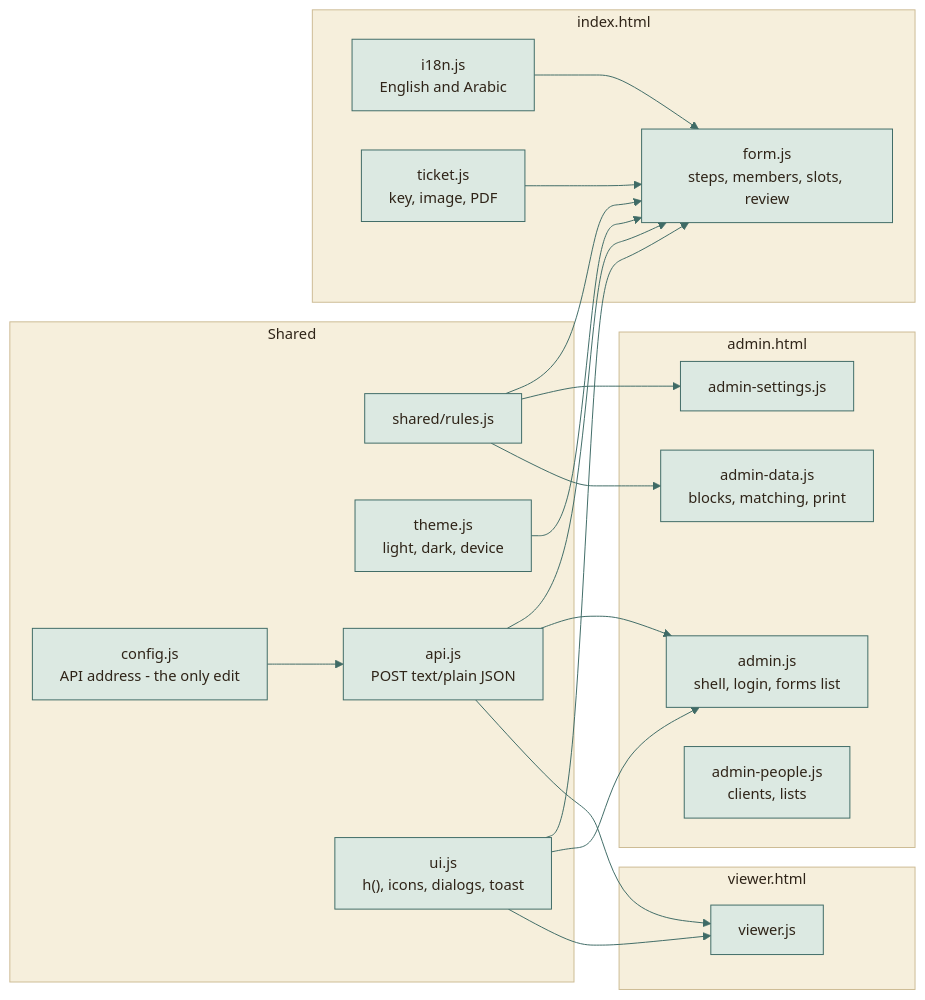
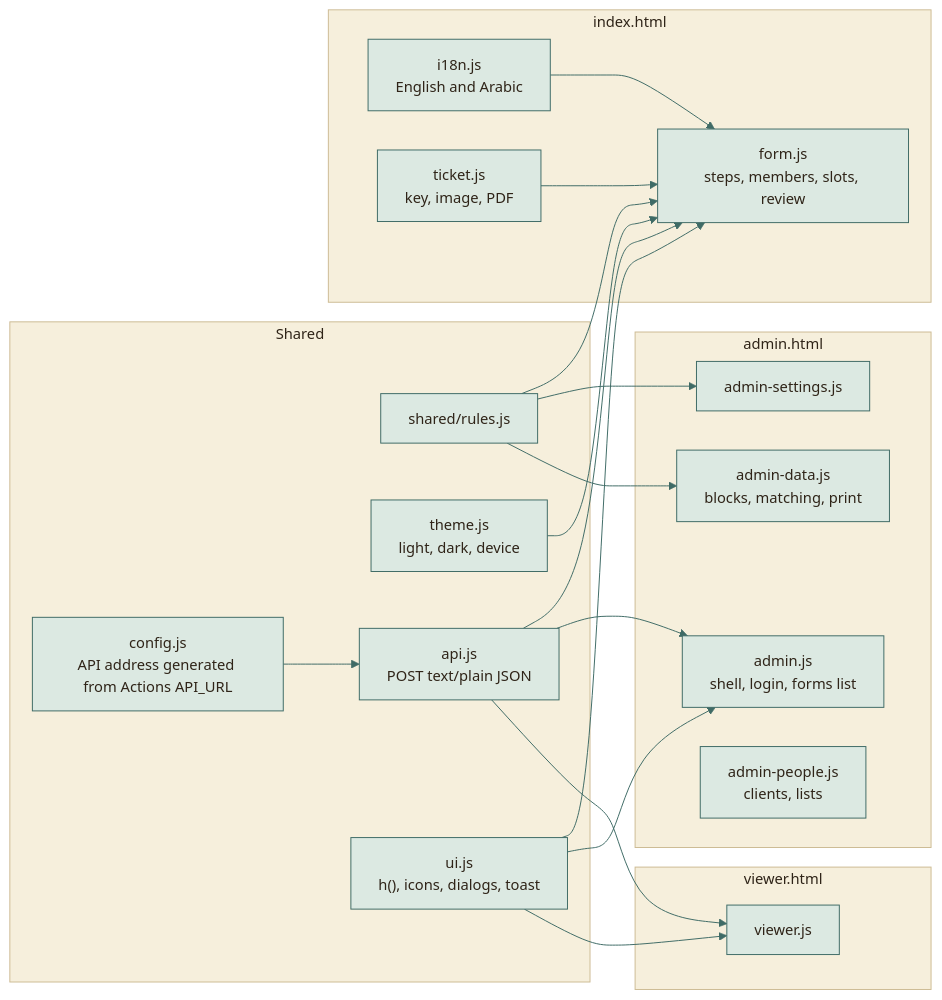
One commit to moyeh04/forms-platform changed the tenth of 12 diagrams in docs/architecture/ARCHITECTURE.md. Above: the diagram before and after it, drawn with Mermaid. The commit also changed 14 other files, not shown here.

````diff
--- a/docs/architecture/ARCHITECTURE.md
+++ b/docs/architecture/ARCHITECTURE.md
@@ -606,65 +606,65 @@
 ```mermaid
 %%{init: {
   'theme': 'base',
   'themeVariables': {
     'fontFamily': 'ui-sans-serif, system-ui, -apple-system, Segoe UI, Roboto, sans-serif',
     'fontSize': '15px',
     'primaryColor': '#DCE9E2', 'primaryBorderColor': '#3F6B66', 'primaryTextColor': '#2F2418',
     'secondaryColor': '#F0E4C8', 'secondaryBorderColor': '#C9A24A', 'secondaryTextColor': '#2F2418',
     'tertiaryColor': '#F6EFDC', 'tertiaryBorderColor': '#CDBB94', 'tertiaryTextColor': '#2F2418',
     'lineColor': '#3F6B66', 'textColor': '#2F2418', 'mainBkg': '#DCE9E2', 'nodeBorder': '#3F6B66',
     'clusterBkg': '#F6EFDC', 'clusterBorder': '#CDBB94', 'titleColor': '#2F2418',
     'edgeLabelBackground': '#F8F1DD',
     'actorBkg': '#DCE9E2', 'actorBorder': '#3F6B66', 'actorTextColor': '#2F2418', 'actorLineColor': '#8FB3AB',
     'signalColor': '#477A73', 'signalTextColor': '#477A73',
     'labelBoxBkgColor': '#F0E4C8', 'labelBoxBorderColor': '#C9A24A', 'labelTextColor': '#2F2418', 'loopTextColor': '#6A5A44',
     'noteBkgColor': '#FBEFC9', 'noteBorderColor': '#C9A24A', 'noteTextColor': '#2F2418',
     'activationBkgColor': '#DCE9E2', 'activationBorderColor': '#3F6B66', 'sequenceNumberColor': '#F8F1DD',
     'transitionColor': '#3F6B66', 'stateLabelColor': '#2F2418', 'stateBkg': '#DCE9E2', 'altBackground': '#F6EFDC',
     'attributeBackgroundColorOdd': '#F8F1DD', 'attributeBackgroundColorEven': '#F0E4C8'
   },
   'flowchart': {'curve': 'basis', 'padding': 14, 'nodeSpacing': 40, 'rankSpacing': 46},
   'sequence': {'mirrorActors': false, 'messageMargin': 34, 'boxMargin': 8}
 }}%%
 flowchart LR
     subgraph shared["Shared"]
-        cfg["config.js<br/>API address - the only edit"]
+        cfg["config.js<br/>API address generated from Actions API_URL"]
         rl["shared/rules.js"]
         th["theme.js<br/>light, dark, device"]
         api["api.js<br/>POST text/plain JSON"]
         ui["ui.js<br/>h(), icons, dialogs, toast"]
     end
     subgraph student["index.html"]
         i18n["i18n.js<br/>English and Arabic"]
         tk["ticket.js<br/>key, image, PDF"]
         fm["form.js<br/>steps, members, slots, review"]
     end
     subgraph adminp["admin.html"]
         a1["admin.js<br/>shell, login, forms list"]
         a2["admin-settings.js"]
         a3["admin-data.js<br/>blocks, matching, print"]
         a4["admin-people.js<br/>clients, lists"]
     end
     subgraph viewerp["viewer.html"]
         v1["viewer.js"]
     end
     cfg --> api
     api --> fm
     api --> a1
     api --> v1
     rl --> fm
     rl --> a2
     rl --> a3
     ui --> fm
     ui --> a1
     ui --> v1
     th --> fm
     i18n --> fm
     tk --> fm
     classDef cDb fill:#F3E2B3,stroke:#B8892D,stroke-width:1.5px,color:#2F2418
     classDef cActor fill:#F4D9D3,stroke:#9A3328,stroke-width:1.5px,color:#2F2418
     classDef cDec fill:#FBEFC9,stroke:#C9A24A,stroke-width:1.5px,color:#2F2418
     classDef cEnd fill:#2F2418,stroke:#2F2418,color:#F8F1DD
     classDef cErr fill:#F6D5CF,stroke:#A12B1F,stroke-width:1.5px,color:#5A140C
     classDef cOk fill:#BFD9CF,stroke:#2E5A55,stroke-width:1.5px,color:#17302D
 ```
````
